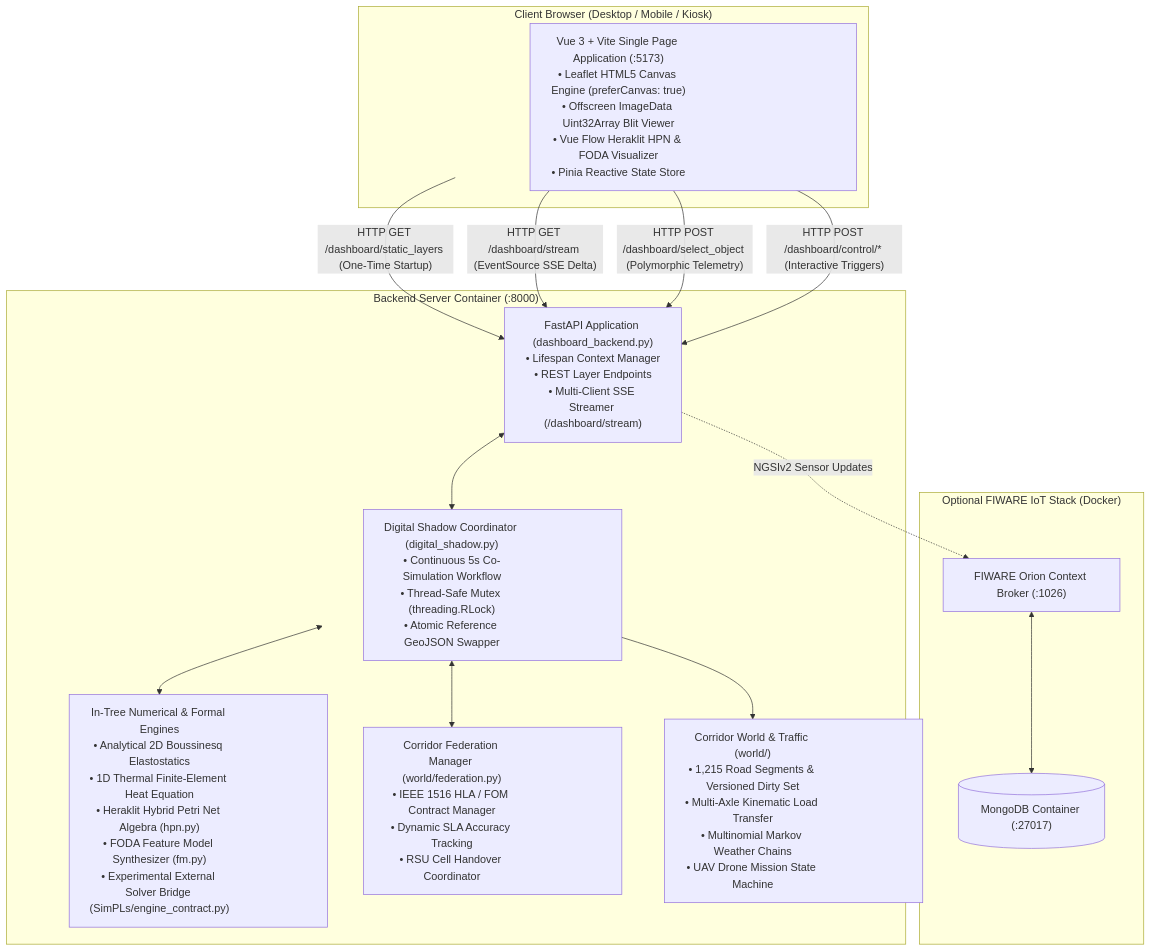
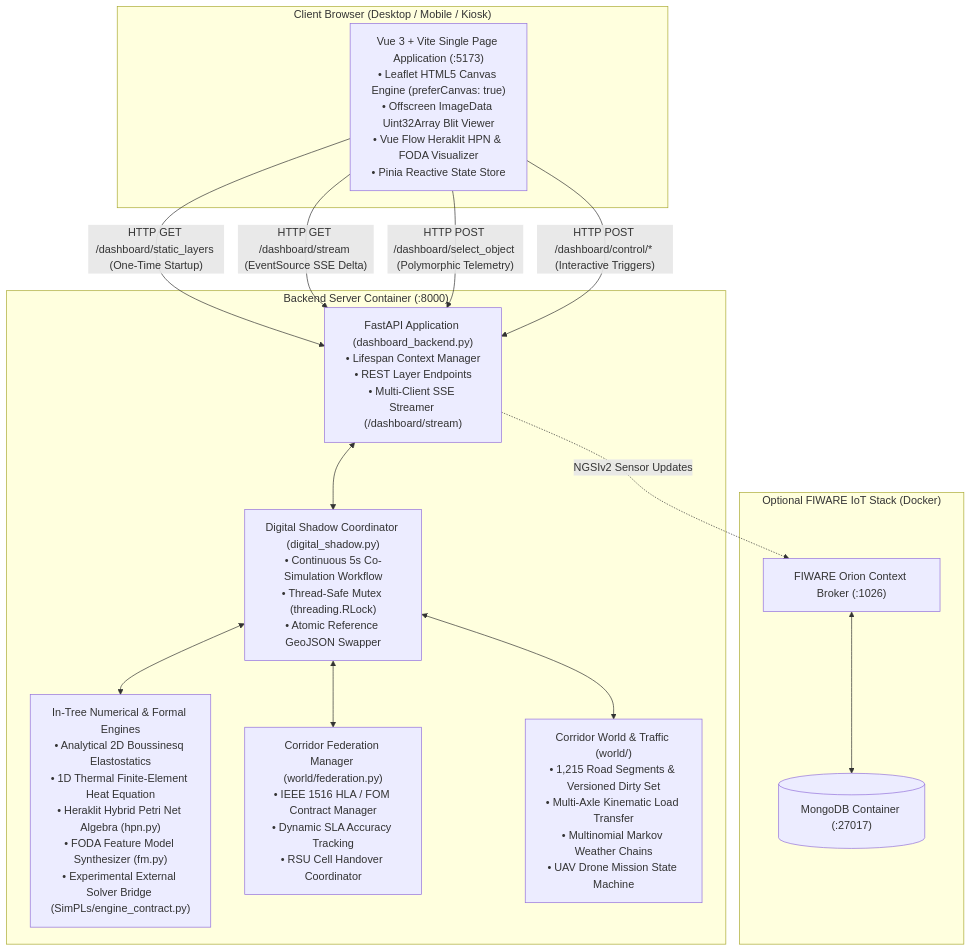
One commit to vprokopets/digital-twin-road changed the second of 6 diagrams in docs/architecture/index.md. Above: the diagram before and after it, drawn with Mermaid. The commit also changed other lines of this file and 2 other files, not shown here.

Commit message:
docs: fix header search contrast, sidebar nav layout, and Mermaid widths

````diff
--- a/docs/architecture/index.md
+++ b/docs/architecture/index.md
@@ -55,42 +53,36 @@
 ```mermaid
 flowchart TD
     subgraph Browser["Client Browser (Desktop / Mobile / Kiosk)"]
         SPA["Vue 3 + Vite Single Page Application (:5173)<br/>• Leaflet HTML5 Canvas Engine (preferCanvas: true)<br/>• Offscreen ImageData Uint32Array Blit Viewer<br/>• Vue Flow Heraklit HPN & FODA Visualizer<br/>• Pinia Reactive State Store"]
     end
 
     subgraph BackendHost["Backend Server Container (:8000)"]
         API["FastAPI Application (dashboard_backend.py)<br/>• Lifespan Context Manager<br/>• REST Layer Endpoints<br/>• Multi-Client SSE Streamer (/dashboard/stream)"]
 
         COORDINATOR["Digital Shadow Coordinator (digital_shadow.py)<br/>• Continuous 5s Co-Simulation Workflow<br/>• Thread-Safe Mutex (threading.RLock)<br/>• Atomic Reference GeoJSON Swapper"]
 
         ENGINES["In-Tree Numerical & Formal Engines<br/>• Analytical 2D Boussinesq Elastostatics<br/>• 1D Thermal Finite-Element Heat Equation<br/>• Heraklit Hybrid Petri Net Algebra (hpn.py)<br/>• FODA Feature Model Synthesizer (fm.py)<br/>• Experimental External Solver Bridge (SimPLs/engine_contract.py)"]
 
         FED["Corridor Federation Manager (world/federation.py)<br/>• IEEE 1516 HLA / FOM Contract Manager<br/>• Dynamic SLA Accuracy Tracking<br/>• RSU Cell Handover Coordinator"]
 
         WORLD["Corridor World & Traffic (world/)<br/>• 1,215 Road Segments & Versioned Dirty Set<br/>• Multi-Axle Kinematic Load Transfer<br/>• Multinomial Markov Weather Chains<br/>• UAV Drone Mission State Machine"]
     end
 
     subgraph IoT["Optional FIWARE IoT Stack (Docker)"]
         ORION["FIWARE Orion Context Broker (:1026)"]
         MONGO[("MongoDB Container (:27017)")]
     end
 
     SPA -->|"HTTP GET /dashboard/static_layers (One-Time Startup)"| API
     SPA -->|"HTTP GET /dashboard/stream (EventSource SSE Delta)"| API
     SPA -->|"HTTP POST /dashboard/select_object (Polymorphic Telemetry)"| API
     SPA -->|"HTTP POST /dashboard/control/* (Interactive Triggers)"| API
 
     API <--> COORDINATOR
     COORDINATOR <--> ENGINES
     COORDINATOR <--> FED
     COORDINATOR <--> WORLD
 
     API -.->|"NGSIv2 Sensor Updates"| ORION
     ORION <--> MONGO
-
-    style SPA width:480px
-    style COORDINATOR width:380px
-    style ENGINES width:380px
-    style FED width:380px
-    style WORLD width:380px
 ```
````
